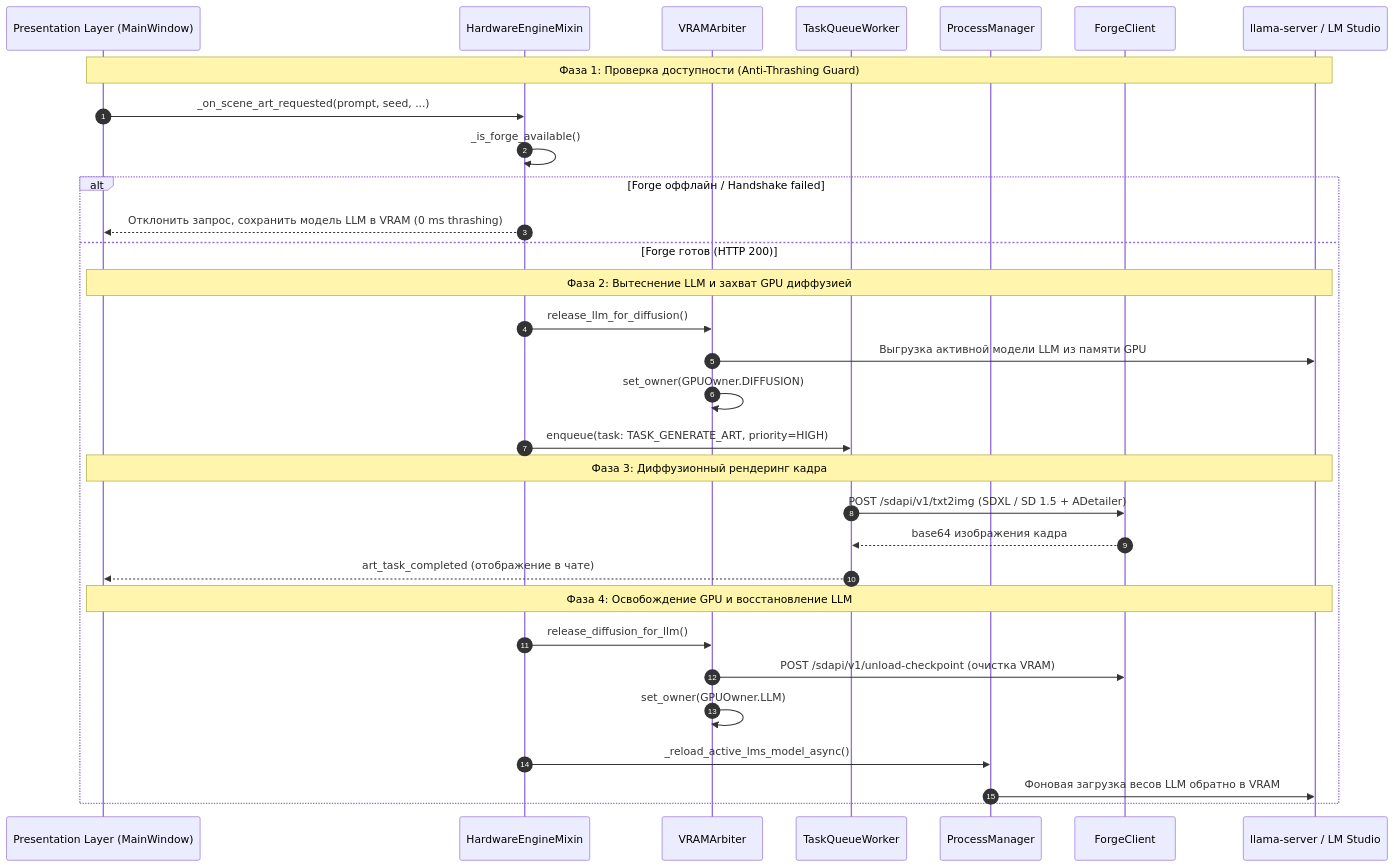
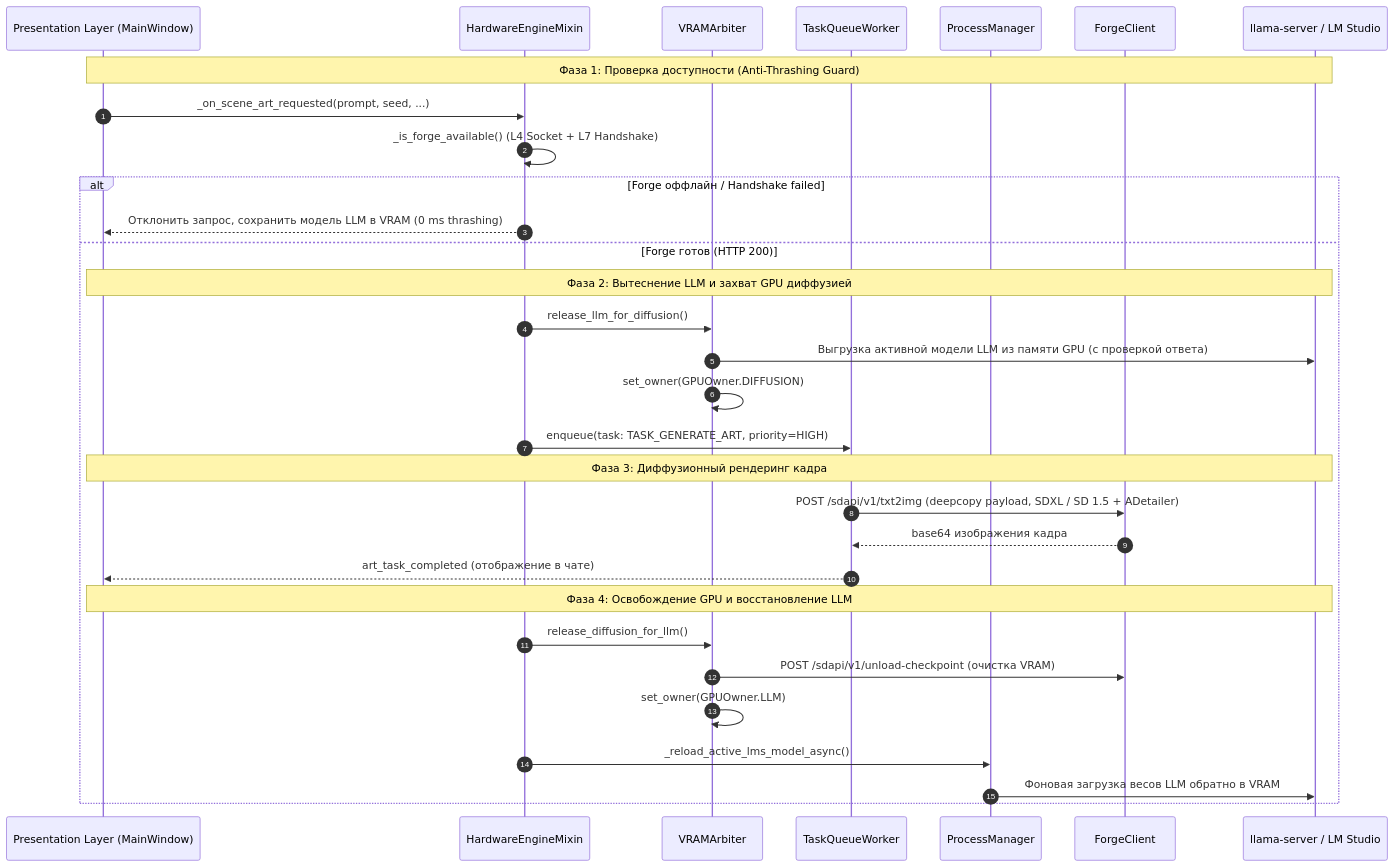
Before and after one commit to ZabotaOblizkih/NeonRoute: the third of 5 diagrams in knowledge_base/ARCHITECTURE.md, drawn with Mermaid. The commit also changed other lines of this file and 12 other files, not shown here.

````diff
--- a/knowledge_base/ARCHITECTURE.md
+++ b/knowledge_base/ARCHITECTURE.md
@@ -503,34 +579,34 @@
 ```mermaid
 sequenceDiagram
     autonumber
     participant UI as Presentation Layer (MainWindow)
     participant HW as HardwareEngineMixin
     participant VA as VRAMArbiter
     participant TQ as TaskQueueWorker
     participant PM as ProcessManager
     participant FC as ForgeClient
     participant LM as llama-server / LM Studio
 
     Note over UI,LM: Фаза 1: Проверка доступности (Anti-Thrashing Guard)
     UI->>HW: _on_scene_art_requested(prompt, seed, ...)
-    HW->>HW: _is_forge_available()
+    HW->>HW: _is_forge_available() (L4 Socket + L7 Handshake)
     alt Forge оффлайн / Handshake failed
         HW-->>UI: Отклонить запрос, сохранить модель LLM в VRAM (0 ms thrashing)
     else Forge готов (HTTP 200)
         Note over UI,LM: Фаза 2: Вытеснение LLM и захват GPU диффузией
         HW->>VA: release_llm_for_diffusion()
-        VA->>LM: Выгрузка активной модели LLM из памяти GPU
+        VA->>LM: Выгрузка активной модели LLM из памяти GPU (с проверкой ответа)
         VA->>VA: set_owner(GPUOwner.DIFFUSION)
         HW->>TQ: enqueue(task: TASK_GENERATE_ART, priority=HIGH)
         Note over UI,LM: Фаза 3: Диффузионный рендеринг кадра
-        TQ->>FC: POST /sdapi/v1/txt2img (SDXL / SD 1.5 + ADetailer)
+        TQ->>FC: POST /sdapi/v1/txt2img (deepcopy payload, SDXL / SD 1.5 + ADetailer)
         FC-->>TQ: base64 изображения кадра
         TQ-->>UI: art_task_completed (отображение в чате)
         Note over UI,LM: Фаза 4: Освобождение GPU и восстановление LLM
         HW->>VA: release_diffusion_for_llm()
         VA->>FC: POST /sdapi/v1/unload-checkpoint (очистка VRAM)
         VA->>VA: set_owner(GPUOwner.LLM)
         HW->>PM: _reload_active_lms_model_async()
         PM->>LM: Фоновая загрузка весов LLM обратно в VRAM
     end
 ```
````
